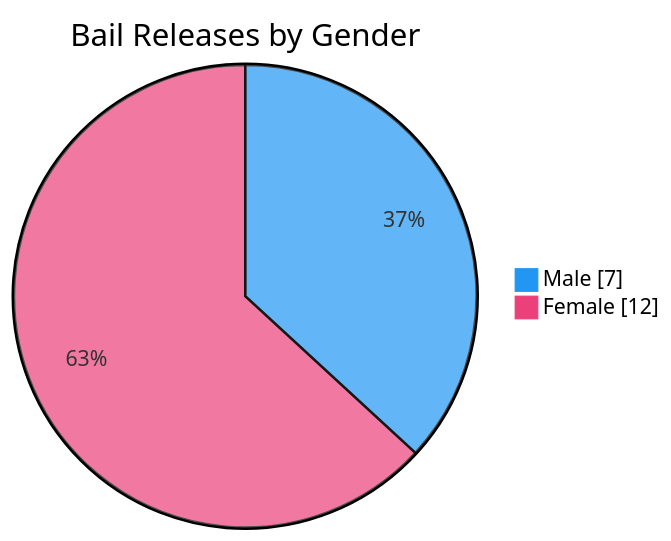
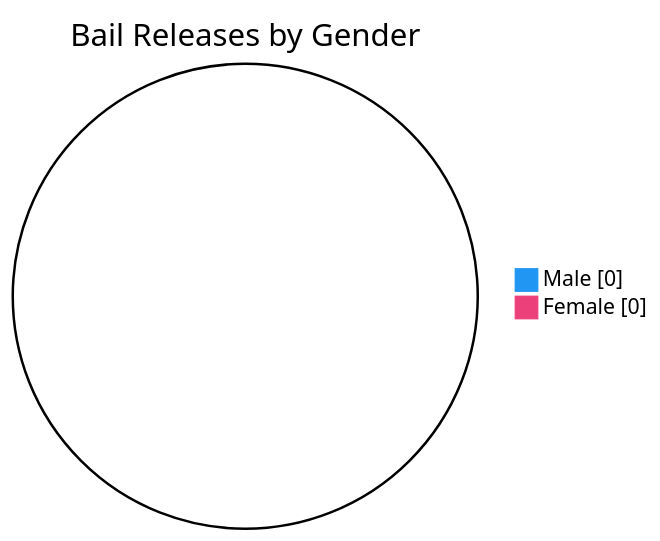
Before and after one commit to nuuuwan/lk_prisons: the seventh of 7 diagrams in README.md, drawn with Mermaid. The commit also changed other lines of this file and 1 other file, not shown here.

````diff
--- a/README.md
+++ b/README.md
@@ -109,6 +109,6 @@
 ```mermaid
 %%{init: {'themeVariables': {'pie1': '#2196F3', 'pie2': '#EC407A'}}}%%
 pie showData title Bail Releases by Gender
-    "Male" : 7
-    "Female" : 12
+    "Male" : 0
+    "Female" : 0
 ```
````
